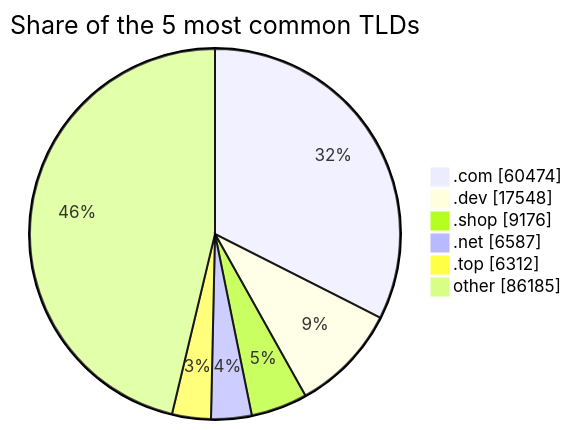
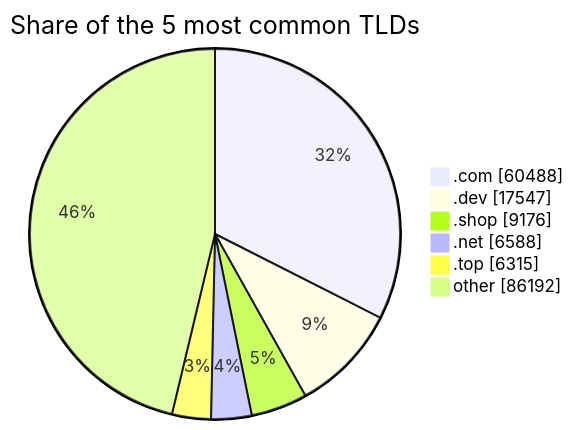
The third of 3 diagrams in README.md (DNSBunker/CTI), drawn with Mermaid before and after one commit. The commit also changed other lines of this file and 3 other files, not shown here.

````diff
--- a/README.md
+++ b/README.md
@@ -81,9 +81,9 @@
 ```mermaid
 pie showData title Share of the 5 most common TLDs
-    ".com" : 60474
-    ".dev" : 17548
+    ".com" : 60488
+    ".dev" : 17547
     ".shop" : 9176
-    ".net" : 6587
-    ".top" : 6312
-    "other" : 86185
+    ".net" : 6588
+    ".top" : 6315
+    "other" : 86192
 ```
````
